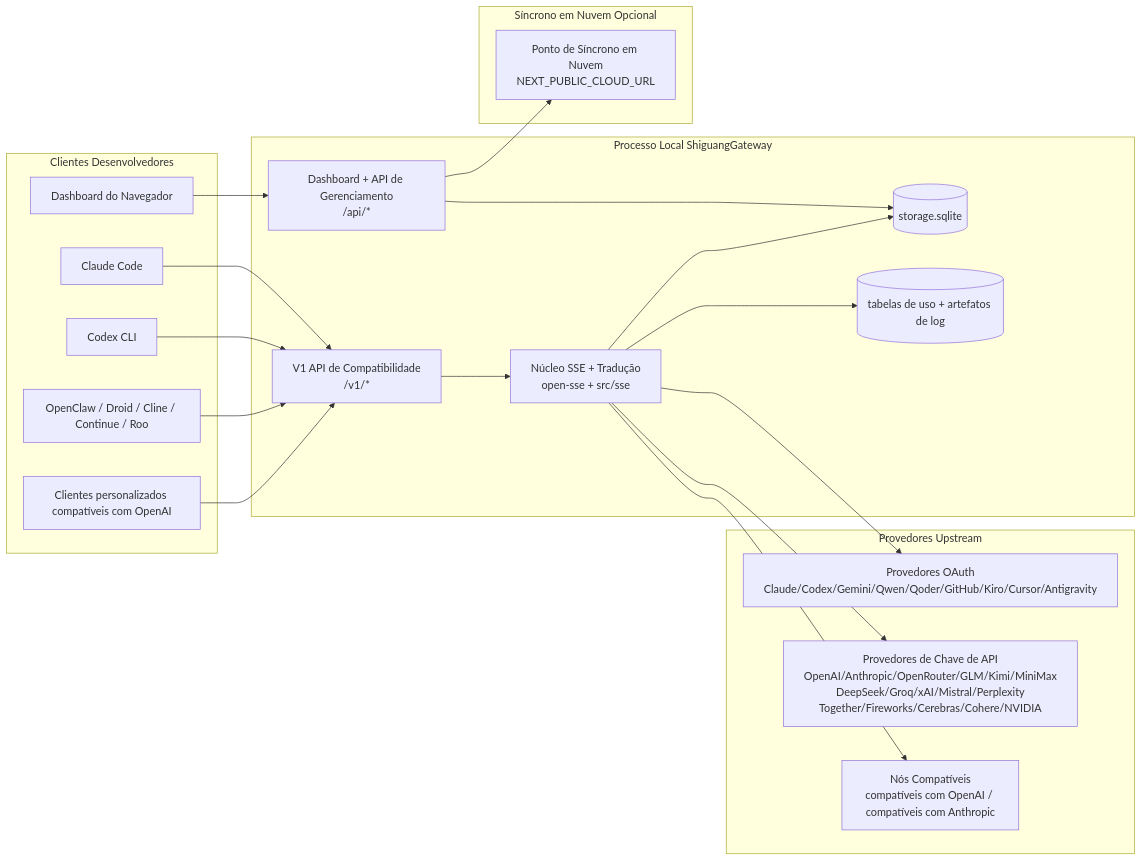
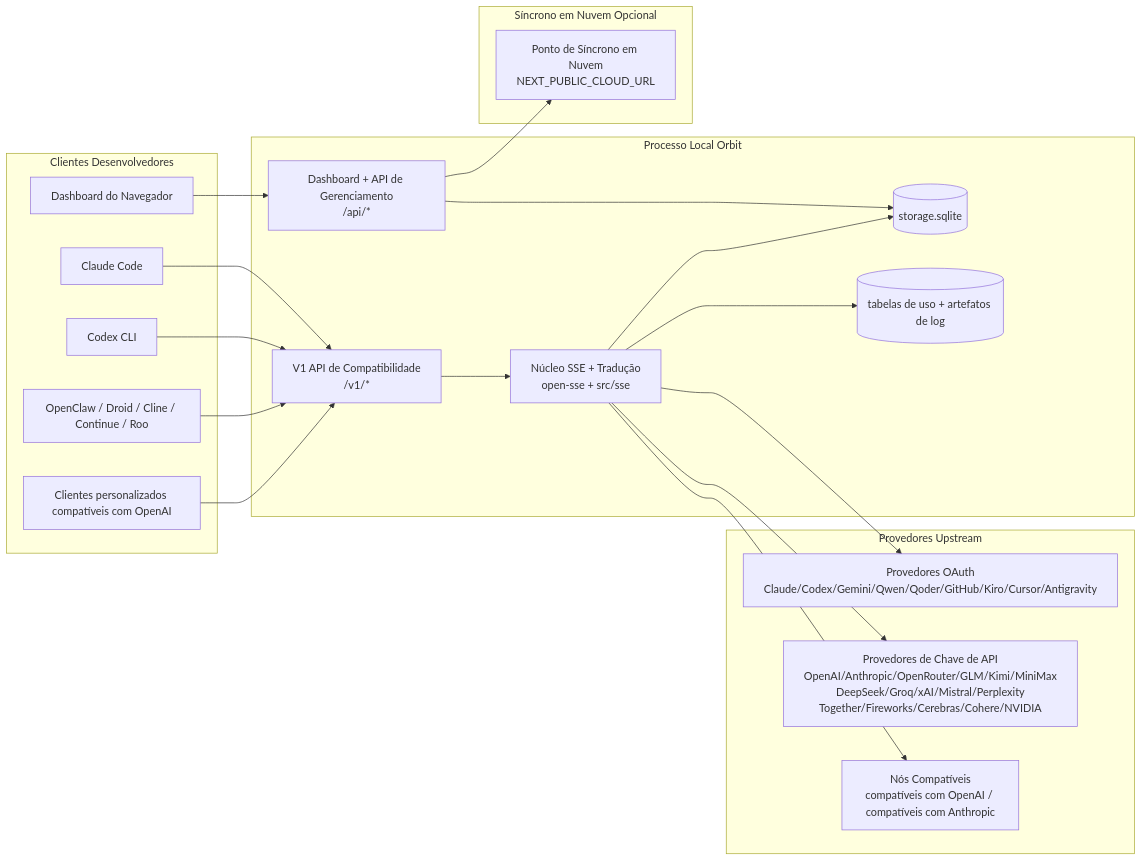
One commit to shiguang-lab/orbit changed the first of 7 diagrams in packages/core/docs/i18n/pt-BR/docs/architecture/ARCHITECTURE.md. Above: the diagram before and after it, drawn with Mermaid. The commit also changed other lines of this file and 2405 other files, not shown here.

Commit message:
refactor: retire Shiguang Gateway identifiers

````diff
--- a/packages/core/docs/i18n/pt-BR/docs/architecture/ARCHITECTURE.md
+++ b/packages/core/docs/i18n/pt-BR/docs/architecture/ARCHITECTURE.md
@@ -167,45 +167,45 @@
 ```mermaid
 flowchart LR
     subgraph Clients[Clientes Desenvolvedores]
         C1[Claude Code]
         C2[Codex CLI]
         C3[OpenClaw / Droid / Cline / Continue / Roo]
         C4[Clientes personalizados compatíveis com OpenAI]
         BROWSER[Dashboard do Navegador]
     end
 
-    subgraph Router[Processo Local ShiguangGateway]
+    subgraph Router[Processo Local Orbit]
         API[V1 API de Compatibilidade\n/v1/*]
         DASH[Dashboard + API de Gerenciamento\n/api/*]
         CORE[Núcleo SSE + Tradução\nopen-sse + src/sse]
         DB[(storage.sqlite)]
         UDB[(tabelas de uso + artefatos de log)]
     end
 
     subgraph Upstreams[Provedores Upstream]
         P1[Provedores OAuth\nClaude/Codex/Gemini/Qwen/Qoder/GitHub/Kiro/Cursor/Antigravity]
         P2[Provedores de Chave de API\nOpenAI/Anthropic/OpenRouter/GLM/Kimi/MiniMax\nDeepSeek/Groq/xAI/Mistral/Perplexity\nTogether/Fireworks/Cerebras/Cohere/NVIDIA]
         P3[Nós Compatíveis\ncompatíveis com OpenAI / compatíveis com Anthropic]
     end
 
     subgraph Cloud[Síncrono em Nuvem Opcional]
         CLOUD[Ponto de Síncrono em Nuvem\nNEXT_PUBLIC_CLOUD_URL]
     end
 
     C1 --> API
     C2 --> API
     C3 --> API
     C4 --> API
     BROWSER --> DASH
 
     API --> CORE
     DASH --> DB
     CORE --> DB
     CORE --> UDB
 
     CORE --> P1
     CORE --> P2
     CORE --> P3
 
     DASH --> CLOUD
 ```
````
